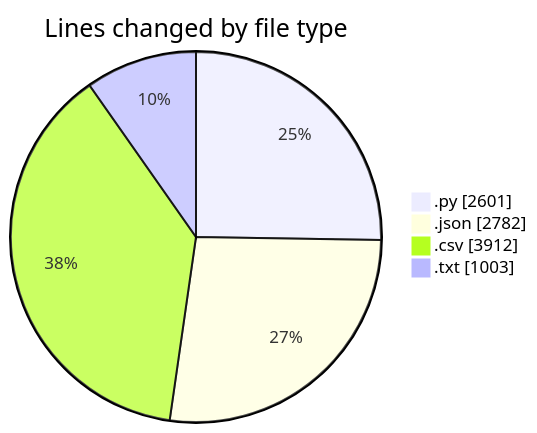
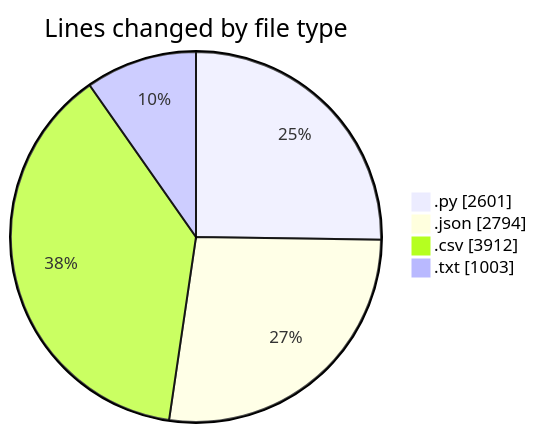
Before and after one commit to EIIisD/code-tracking: the first of 2 diagrams in 2025-07-28/refunds/README.md, drawn with Mermaid. The commit also changed other lines of this file and 1 other file, not shown here.

````diff
--- a/2025-07-28/refunds/README.md
+++ b/2025-07-28/refunds/README.md
@@ -29,8 +29,8 @@
 ```mermaid
 pie showData
 title Lines changed by file type
 ".py" : 2601
-".json" : 2782
+".json" : 2794
 ".csv" : 3912
 ".txt" : 1003
 ```
````
